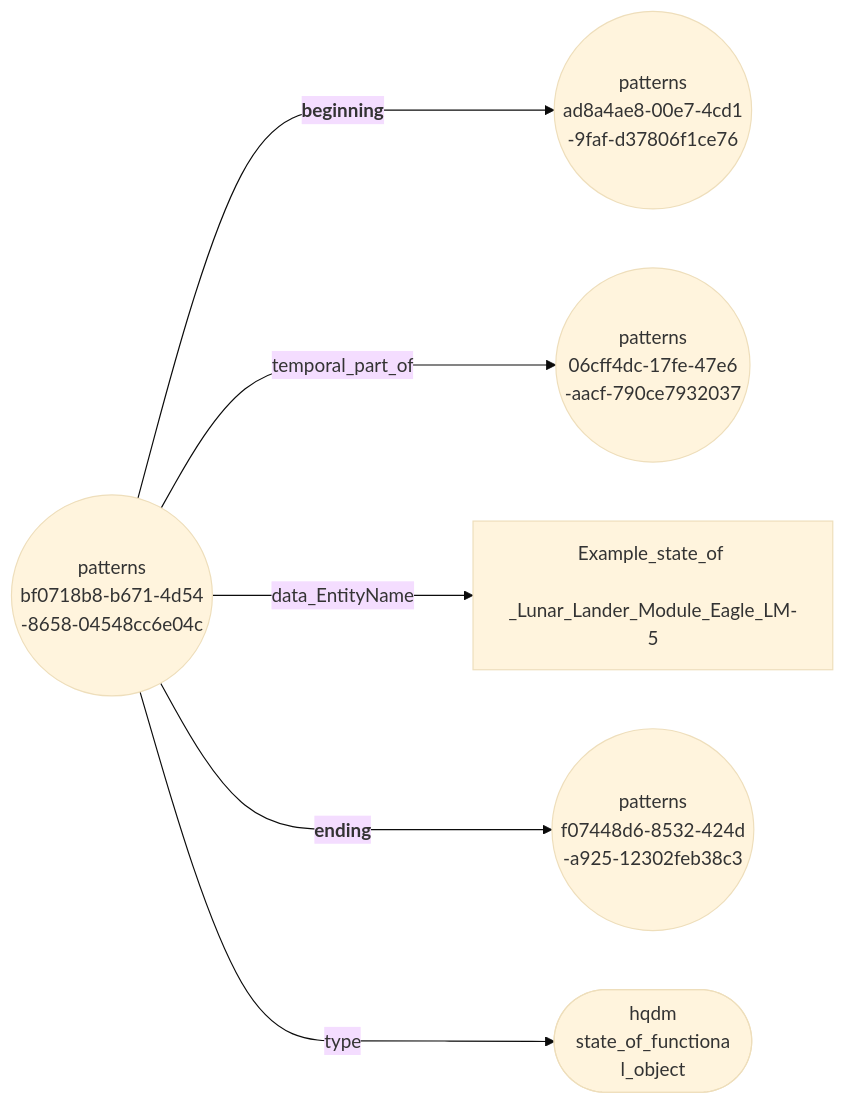
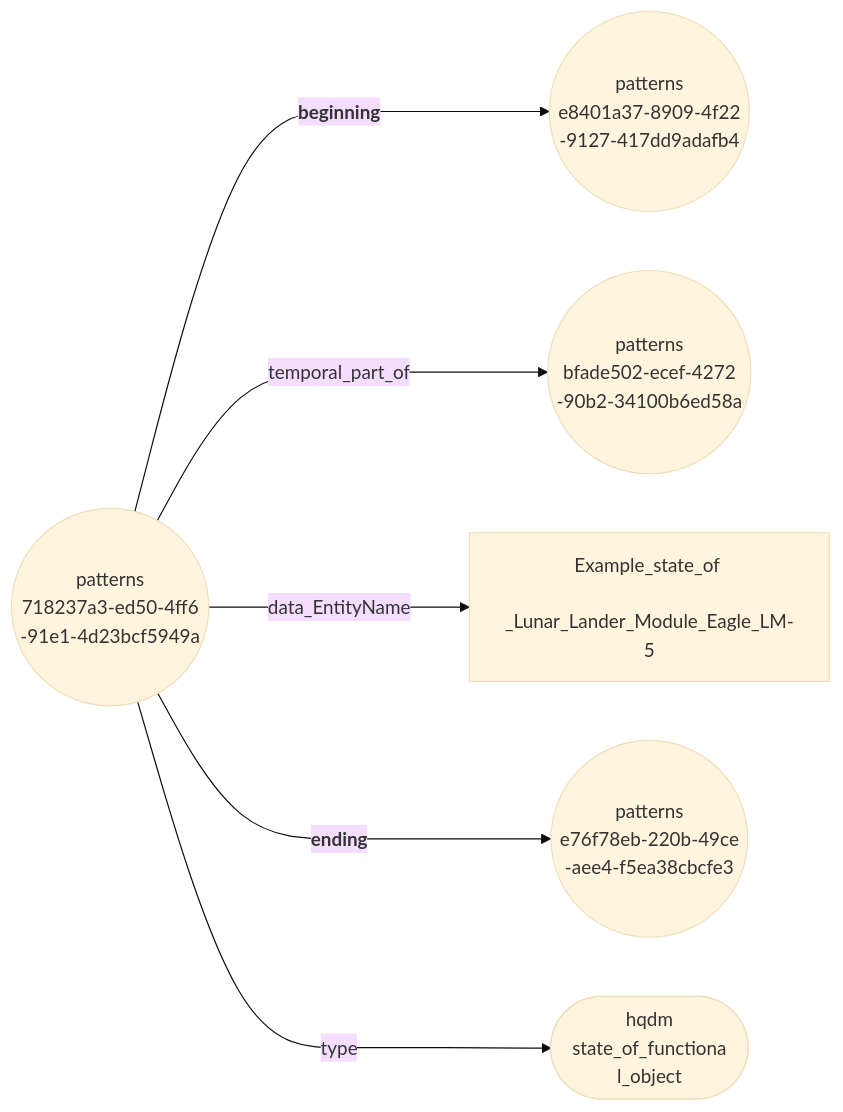
Before and after one commit to ClimbingAl/HqdmPatterns: the diagram in docs/extras/example-files/orderEventsNodeEdgeGraph.mermaid, drawn with Mermaid (base theme). The commit also changed 35 other files, not shown here.

````diff
--- a/docs/extras/example-files/orderEventsNodeEdgeGraph.mermaid
+++ b/docs/extras/example-files/orderEventsNodeEdgeGraph.mermaid
@@ -1,8 +1,8 @@
 ``` mermaid
 graph LR
-  bf0718b8-b671-4d54-8658-04548cc6e04c(("patterns <br> bf0718b8-b671-4d54 <br> -8658-04548cc6e04c"))--->|"<b> beginning"|ad8a4ae8-00e7-4cd1-9faf-d37806f1ce76(("patterns <br> ad8a4ae8-00e7-4cd1 <br> -9faf-d37806f1ce76"));
-  bf0718b8-b671-4d54-8658-04548cc6e04c(("patterns <br> bf0718b8-b671-4d54 <br> -8658-04548cc6e04c"))--->|"temporal_part_of"|06cff4dc-17fe-47e6-aacf-790ce7932037(("patterns <br> 06cff4dc-17fe-47e6 <br> -aacf-790ce7932037"));
-  bf0718b8-b671-4d54-8658-04548cc6e04c(("patterns <br> bf0718b8-b671-4d54 <br> -8658-04548cc6e04c"))--->|"data_EntityName"|Example_state_of_Lunar_Lander_Module_Eagle_LM-5["Example_state_of <br> _Lunar_Lander_Module_Eagle_LM-5"];
-  bf0718b8-b671-4d54-8658-04548cc6e04c(("patterns <br> bf0718b8-b671-4d54 <br> -8658-04548cc6e04c"))--->|"<b> ending"|f07448d6-8532-424d-a925-12302feb38c3(("patterns <br> f07448d6-8532-424d <br> -a925-12302feb38c3"));
-  bf0718b8-b671-4d54-8658-04548cc6e04c(("patterns <br> bf0718b8-b671-4d54 <br> -8658-04548cc6e04c"))--->|"type"|state_of_functional_object(["hqdm <br> state_of_functiona <br> l_object"]);
+  718237a3-ed50-4ff6-91e1-4d23bcf5949a(("patterns <br> 718237a3-ed50-4ff6 <br> -91e1-4d23bcf5949a"))--->|"<b> beginning"|e8401a37-8909-4f22-9127-417dd9adafb4(("patterns <br> e8401a37-8909-4f22 <br> -9127-417dd9adafb4"));
+  718237a3-ed50-4ff6-91e1-4d23bcf5949a(("patterns <br> 718237a3-ed50-4ff6 <br> -91e1-4d23bcf5949a"))--->|"temporal_part_of"|bfade502-ecef-4272-90b2-34100b6ed58a(("patterns <br> bfade502-ecef-4272 <br> -90b2-34100b6ed58a"));
+  718237a3-ed50-4ff6-91e1-4d23bcf5949a(("patterns <br> 718237a3-ed50-4ff6 <br> -91e1-4d23bcf5949a"))--->|"data_EntityName"|Example_state_of_Lunar_Lander_Module_Eagle_LM-5["Example_state_of <br> _Lunar_Lander_Module_Eagle_LM-5"];
+  718237a3-ed50-4ff6-91e1-4d23bcf5949a(("patterns <br> 718237a3-ed50-4ff6 <br> -91e1-4d23bcf5949a"))--->|"<b> ending"|e76f78eb-220b-49ce-aee4-f5ea38cbcfe3(("patterns <br> e76f78eb-220b-49ce <br> -aee4-f5ea38cbcfe3"));
+  718237a3-ed50-4ff6-91e1-4d23bcf5949a(("patterns <br> 718237a3-ed50-4ff6 <br> -91e1-4d23bcf5949a"))--->|"type"|state_of_functional_object(["hqdm <br> state_of_functiona <br> l_object"]);
 ```
````
